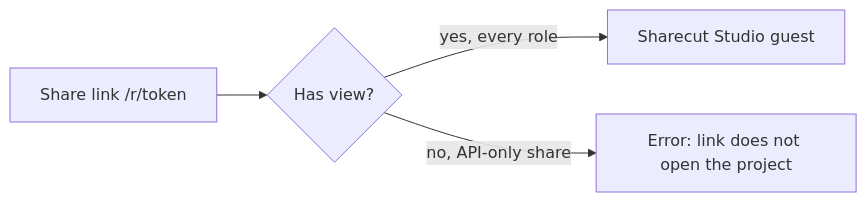
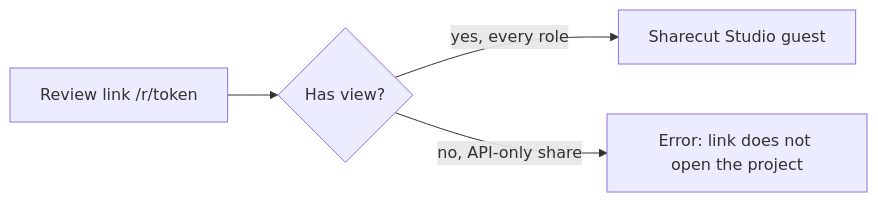
Before and after one commit to calebn/sharecut-studio: the third of 3 diagrams in ux/pages/screen-inventory.md, drawn with Mermaid. The commit also changed other lines of this file and 13 other files, not shown here.

First line of the commit message:
feat(share): confirm in place and pin Create review link on phones

````diff
--- a/ux/pages/screen-inventory.md
+++ b/ux/pages/screen-inventory.md
@@ -352,6 +354,6 @@
 ```mermaid
 flowchart LR
-  shareLink["Share link /r/token"] --> hasView{Has view?}
+  shareLink["Review link /r/token"] --> hasView{Has view?}
   hasView -->|yes, every role| dawGuest[Sharecut Studio guest]
   hasView -->|no, API-only share| noPage[Error: link does not open the project]
 ```
````
